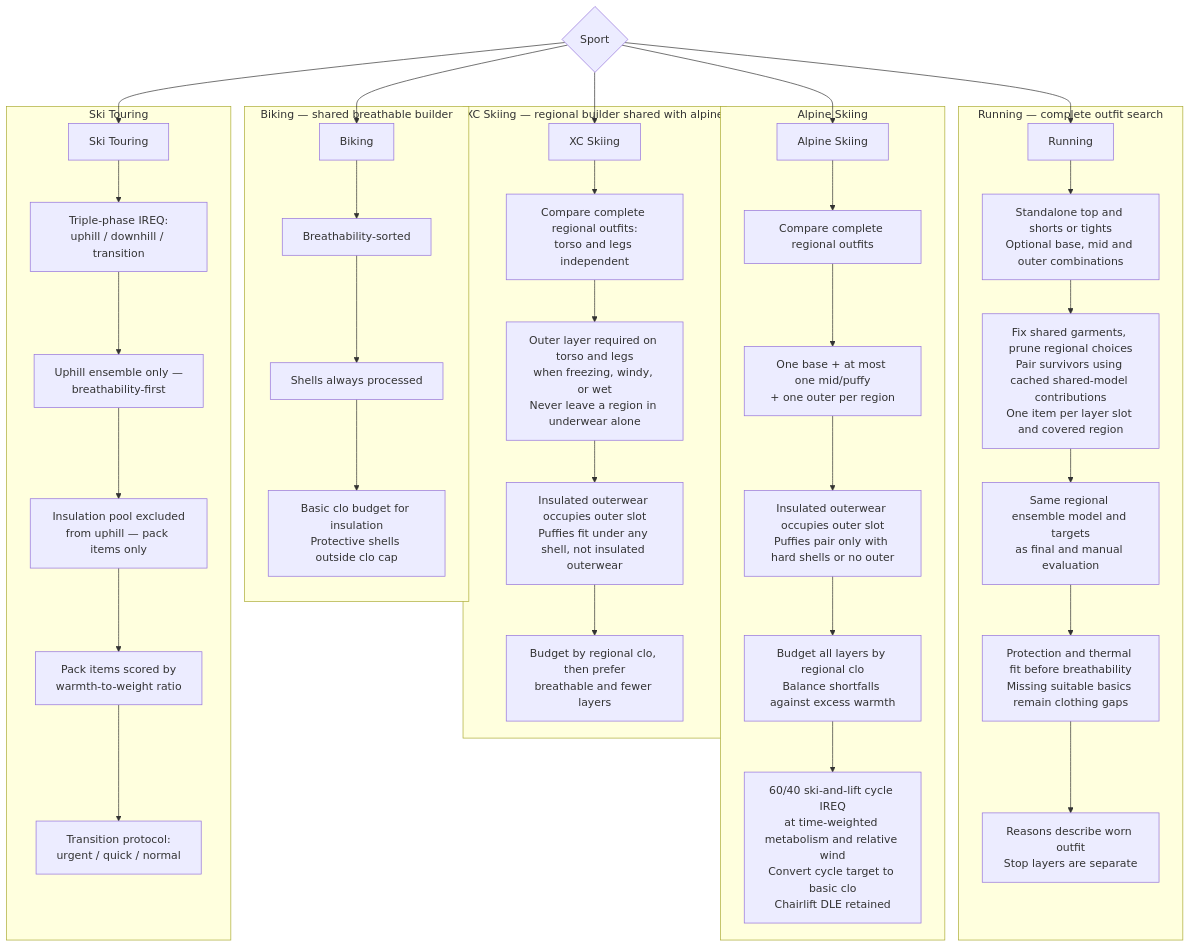
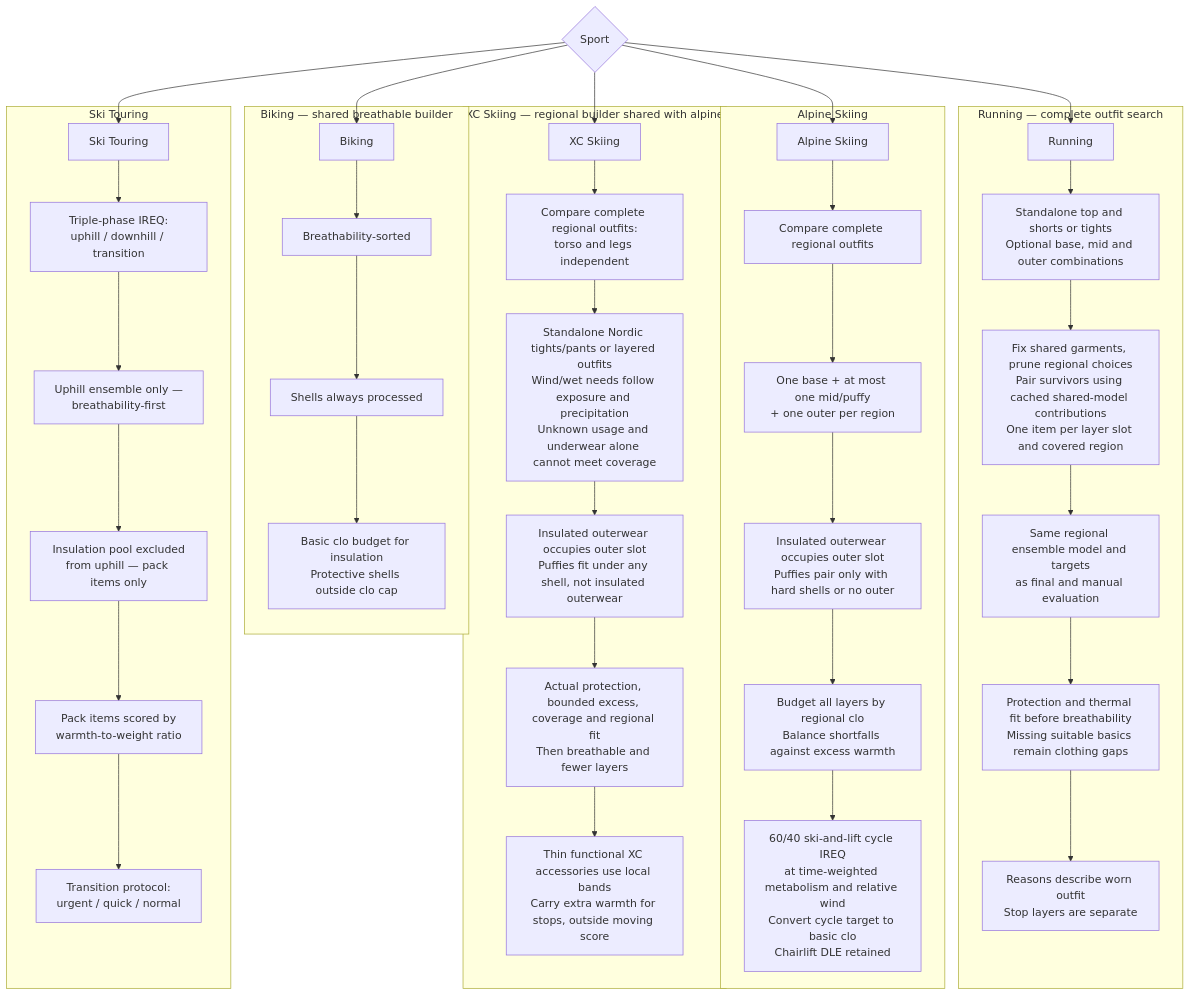
One commit to derobertsw/swttr changed the fourth of 7 diagrams in README.md. Above: the diagram before and after it, drawn with Mermaid. The commit also changed other lines of this file and 36 other files, not shown here.

First line of the commit message:
Allow standalone XC outfits and condition-based protection (#353)

````diff
--- a/README.md
+++ b/README.md
@@ -184,45 +187,46 @@
 ```mermaid
 graph TD
     SPORT{Sport} --> RUN[Running]
     SPORT --> BIKE[Biking]
     SPORT --> ALP[Alpine Skiing]
     SPORT --> XC[XC Skiing]
     SPORT --> TOUR[Ski Touring]
 
     subgraph "Running — complete outfit search"
         RUN --> R1[Standalone top and shorts or tights<br/>Optional base, mid and outer combinations]
         R1 --> R2[Fix shared garments, prune regional choices<br/>Pair survivors using cached shared-model contributions<br/>One item per layer slot and covered region]
         R2 --> R3[Same regional ensemble model and targets<br/>as final and manual evaluation]
         R3 --> R4[Protection and thermal fit before breathability<br/>Missing suitable basics remain clothing gaps]
         R4 --> R5[Reasons describe worn outfit<br/>Stop layers are separate]
     end
 
     subgraph "Biking — shared breathable builder"
         BIKE --> B1[Breathability-sorted]
         B1 --> B2[Shells always processed]
         B2 --> B3[Basic clo budget for insulation<br/>Protective shells outside clo cap]
     end
 
     subgraph "Alpine Skiing"
         ALP --> A1[Compare complete regional outfits]
         A1 --> A2[One base + at most one mid/puffy<br/>+ one outer per region]
         A2 --> A3[Insulated outerwear occupies outer slot<br/>Puffies pair only with hard shells or no outer]
         A3 --> A4[Budget all layers by regional clo<br/>Balance shortfalls against excess warmth]
         A4 --> A5[60/40 ski-and-lift cycle IREQ<br/>at time-weighted metabolism and relative wind<br/>Convert cycle target to basic clo<br/>Chairlift DLE retained]
     end
 
     subgraph "XC Skiing — regional builder shared with alpine"
         XC --> X1[Compare complete regional outfits:<br/>torso and legs independent]
-        X1 --> X2[Outer layer required on torso and legs<br/>when freezing, windy, or wet<br/>Never leave a region in underwear alone]
+        X1 --> X2[Standalone Nordic tights/pants or layered outfits<br/>Wind/wet needs follow exposure and precipitation<br/>Unknown usage and underwear alone cannot meet coverage]
         X2 --> X3[Insulated outerwear occupies outer slot<br/>Puffies fit under any shell, not insulated outerwear]
-        X3 --> X4[Budget by regional clo, then prefer<br/>breathable and fewer layers]
+        X3 --> X4[Actual protection, bounded excess, coverage and regional fit<br/>Then breathable and fewer layers]
+        X4 --> X5[Thin functional XC accessories use local bands<br/>Carry extra warmth for stops, outside moving score]
     end
 
     subgraph "Ski Touring"
         TOUR --> T1a[Triple-phase IREQ:<br/>uphill / downhill / transition]
         T1a --> T2a[Uphill ensemble only —<br/>breathability-first]
         T2a --> T3a[Insulation pool excluded<br/>from uphill — pack items only]
         T3a --> T4a[Pack items scored by<br/>warmth-to-weight ratio]
         T4a --> T5a[Transition protocol:<br/>urgent / quick / normal]
     end
 ```
````
